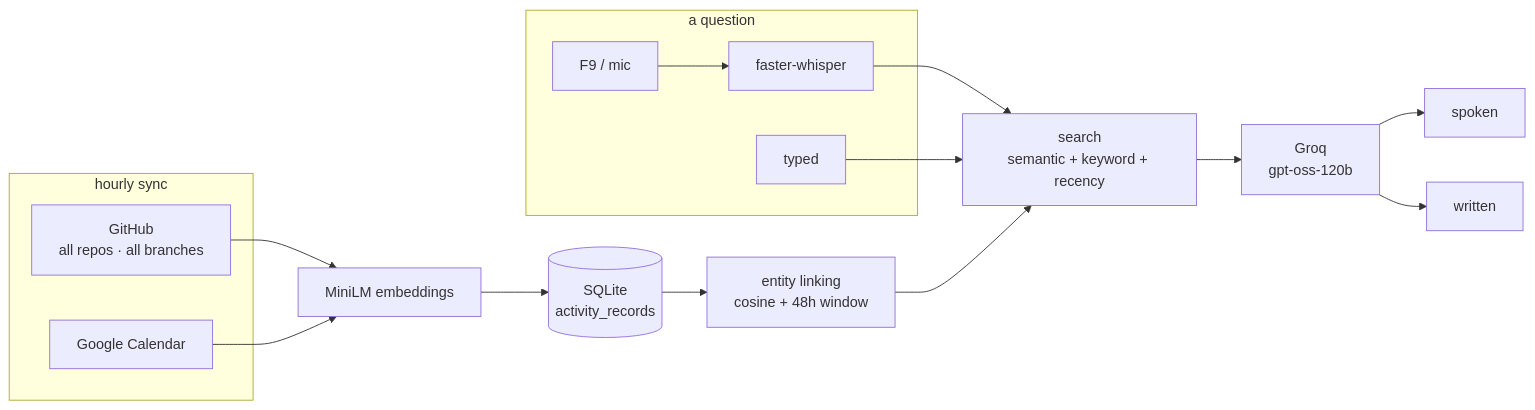
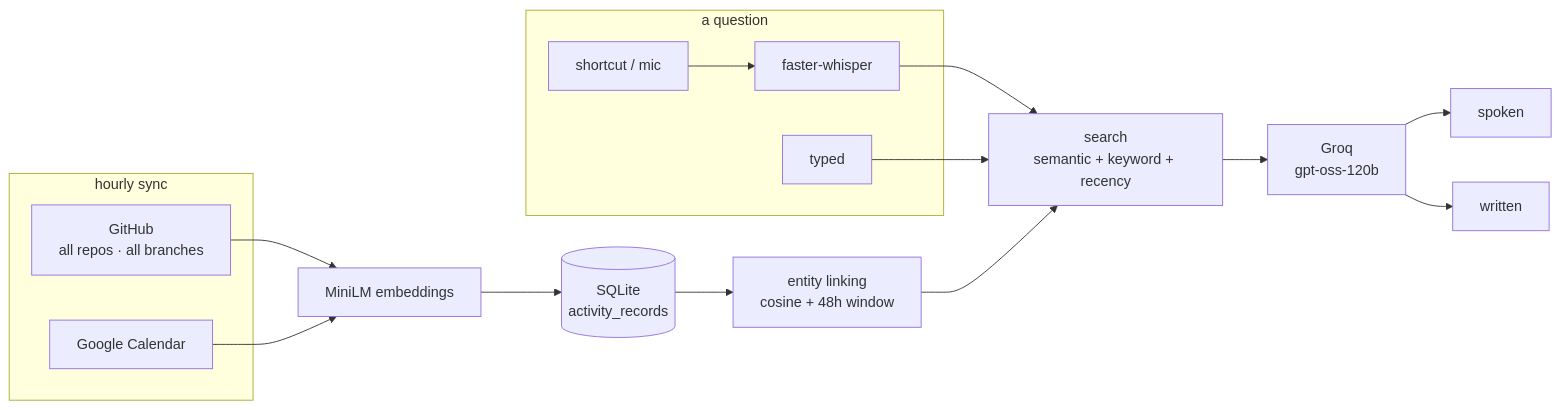
Before and after one commit to amogh-nagri-11/second-brain: the diagram in README.md, drawn with Mermaid. The commit also changed other lines of this file and 5 other files, not shown here.

````diff
--- a/README.md
+++ b/README.md
@@ -37,24 +37,24 @@
 ```mermaid
 flowchart LR
     subgraph ingest["hourly sync"]
         GH["GitHub<br/>all repos · all branches"]
         CAL["Google Calendar"]
     end
 
     GH --> EMB
     CAL --> EMB
     EMB["MiniLM embeddings"] --> DB[("SQLite<br/>activity_records")]
     DB --> CL["entity linking<br/>cosine + 48h window"]
 
     subgraph query["a question"]
-        MIC["F9 / mic"] --> W["faster-whisper"]
+        MIC["shortcut / mic"] --> W["faster-whisper"]
         TYPE["typed"]
     end
 
     W --> S
     TYPE --> S
     CL --> S
     S["search<br/>semantic + keyword + recency"] --> LLM["Groq<br/>gpt-oss-120b"]
     LLM --> SPK["spoken"]
     LLM --> WRI["written"]
 ```
````
